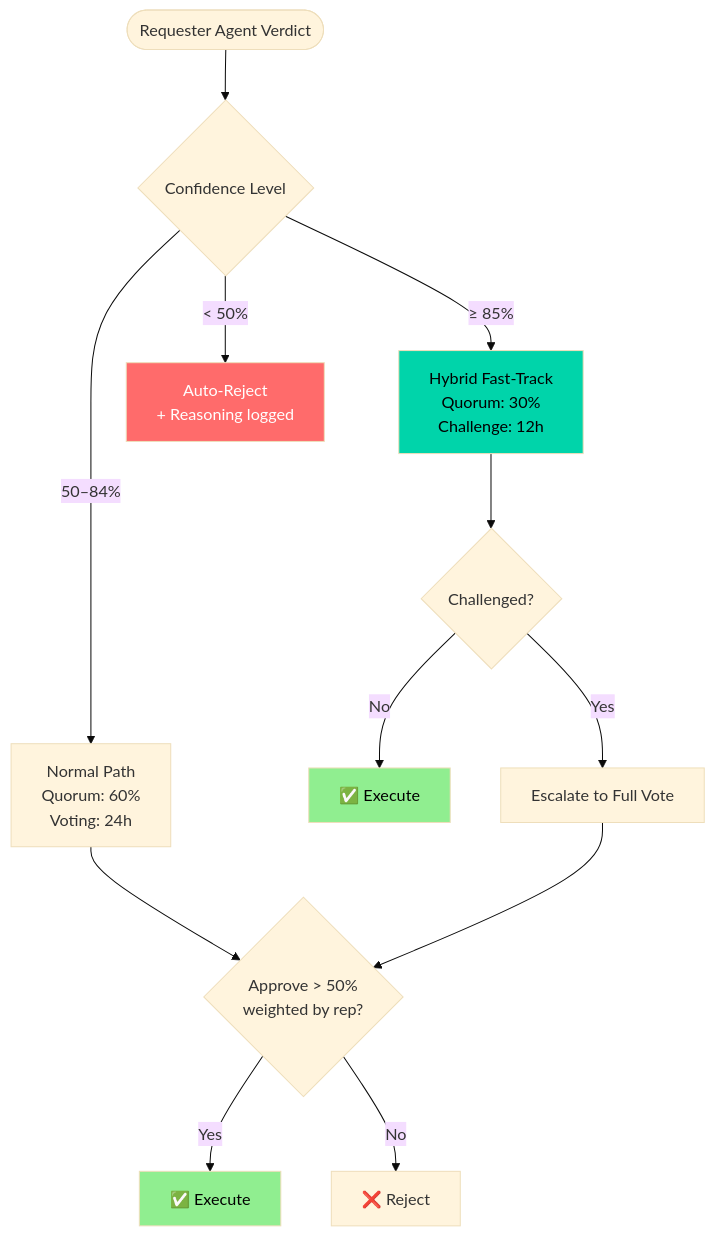
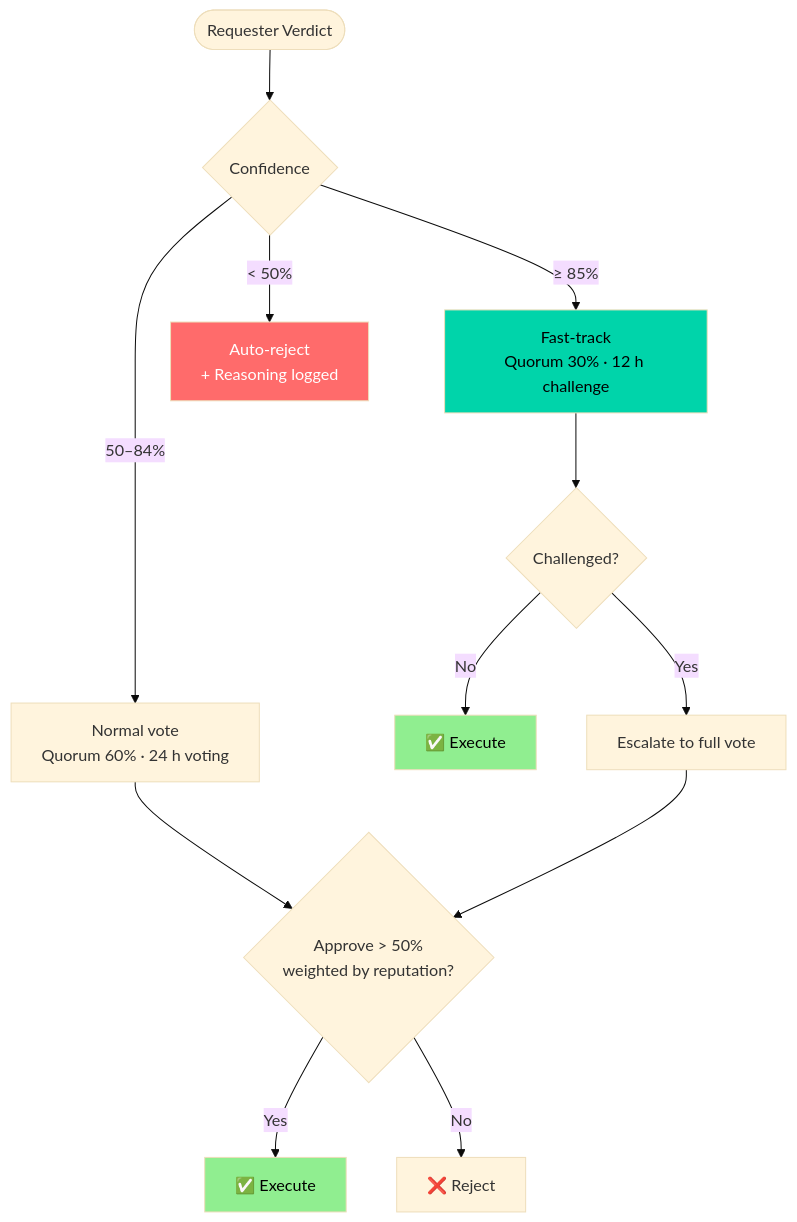
One commit to EzraNahumury/auralis changed the third of 7 diagrams in README.md. Above: the diagram before and after it, drawn with Mermaid (base theme). The commit also changed other lines of this file, not shown here.

````diff
--- a/README.md
+++ b/README.md
@@ -294,23 +252,22 @@
 ```mermaid
 flowchart TD
-    START([Requester Agent Verdict]) --> CONF{Confidence Level}
+    START([Requester Verdict]) --> CONF{Confidence}
 
-    CONF -->|≥ 85%| FAST[Hybrid Fast-Track<br/>Quorum: 30%<br/>Challenge: 12h]
-    CONF -->|50–84%| NORM[Normal Path<br/>Quorum: 60%<br/>Voting: 24h]
-    CONF -->|< 50%| BLOCK[Auto-Reject<br/>+ Reasoning logged]
+    CONF -->|≥ 85%| FAST[Fast-track<br/>Quorum 30% · 12 h challenge]
+    CONF -->|50–84%| NORM[Normal vote<br/>Quorum 60% · 24 h voting]
+    CONF -->|< 50%| BLOCK[Auto-reject<br/>+ Reasoning logged]
 
-    FAST --> CHECK1{Challenged?}
-    CHECK1 -->|No| EXEC1[✅ Execute]
-    CHECK1 -->|Yes| ESCAL[Escalate to Full Vote]
+    FAST --> CHK1{Challenged?}
+    CHK1 -->|No| OK1[✅ Execute]
+    CHK1 -->|Yes| ESC[Escalate to full vote]
 
-    NORM --> TALLY{Approve > 50%<br/>weighted by rep?}
-    TALLY -->|Yes| EXEC2[✅ Execute]
-    TALLY -->|No| REJ[❌ Reject]
-
-    ESCAL --> TALLY
+    NORM --> TALLY{Approve > 50%<br/>weighted by reputation?}
+    TALLY -->|Yes| OK2[✅ Execute]
+    TALLY -->|No| NO[❌ Reject]
+    ESC --> TALLY
 
     style FAST fill:#00d4aa,color:#000
     style BLOCK fill:#ff6b6b,color:#fff
-    style EXEC1 fill:#90ee90,color:#000
-    style EXEC2 fill:#90ee90,color:#000
+    style OK1 fill:#90ee90,color:#000
+    style OK2 fill:#90ee90,color:#000
 ```
````
